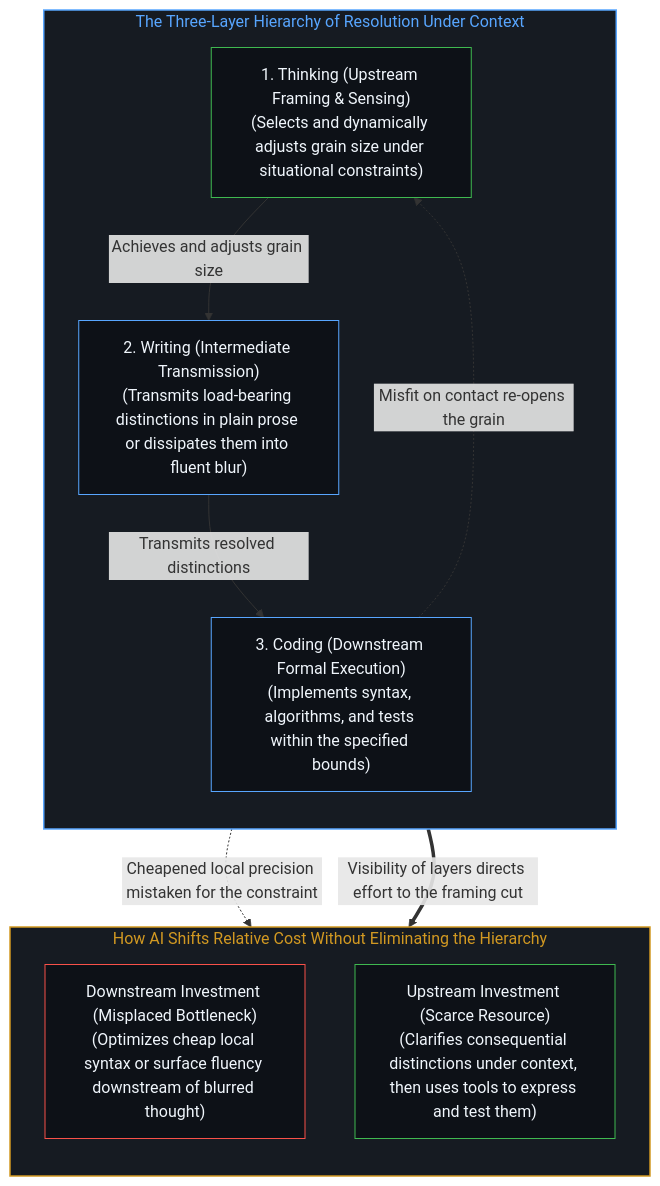
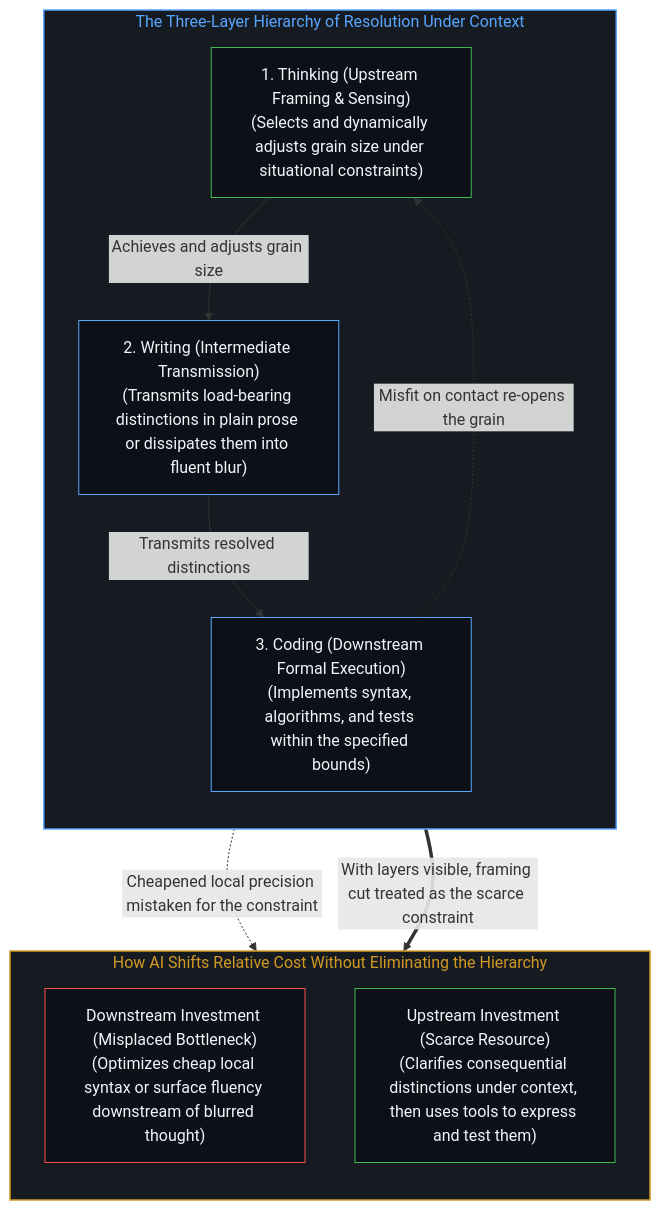
Before and after one commit to powerpig99/not-a-toe: the fourth of 4 diagrams in content/posts/precision-and-resolution.md, drawn with Mermaid. The commit also changed other lines of this file and 13 other files, not shown here.

````diff
--- a/content/posts/precision-and-resolution.md
+++ b/content/posts/precision-and-resolution.md
@@ -125,25 +125,25 @@
 ```mermaid
 flowchart TD
     subgraph S_Hierarchy["The Three-Layer Hierarchy of Resolution Under Context"]
         direction TB
         T_Think["1. Thinking (Upstream Framing & Sensing)<br/>(Selects and dynamically adjusts grain size under situational constraints)"]
         T_Write["2. Writing (Intermediate Transmission)<br/>(Transmits load-bearing distinctions in plain prose or dissipates them into fluent blur)"]
         T_Code["3. Coding (Downstream Formal Execution)<br/>(Implements syntax, algorithms, and tests within the specified bounds)"]
         T_Think -->|"Achieves and adjusts grain size"| T_Write -->|"Transmits resolved distinctions"| T_Code
         T_Code -.->|"Misfit on contact re-opens the grain"| T_Think
     end
     subgraph S_Shift["How AI Shifts Relative Cost Without Eliminating the Hierarchy"]
         direction TB
         C_Down["Downstream Investment (Misplaced Bottleneck)<br/>(Optimizes cheap local syntax or surface fluency downstream of blurred thought)"]
         C_Up["Upstream Investment (Scarce Resource)<br/>(Clarifies consequential distinctions under context, then uses tools to express and test them)"]
     end
     T_Code -.->|"Cheapened local precision mistaken for the constraint"| C_Down
-    T_Think ==>|"Visibility of layers directs effort to the framing cut"| C_Up
+    T_Think ==>|"With layers visible, framing cut treated as the scarce constraint"| C_Up
     style S_Hierarchy fill:#161b22,stroke:#58a6ff,stroke-width:1.5px,color:#58a6ff
     style S_Shift fill:#161b22,stroke:#d29922,stroke-width:1.5px,color:#d29922
     style T_Think fill:#0d1117,stroke:#3fb950,stroke-width:1px,color:#f0f6fc
     style T_Write fill:#0d1117,stroke:#58a6ff,stroke-width:1px,color:#f0f6fc
     style T_Code fill:#0d1117,stroke:#58a6ff,stroke-width:1px,color:#f0f6fc
     style C_Down fill:#0d1117,stroke:#f85149,stroke-width:1px,color:#f0f6fc
     style C_Up fill:#0d1117,stroke:#3fb950,stroke-width:1px,color:#f0f6fc
 ```
````
